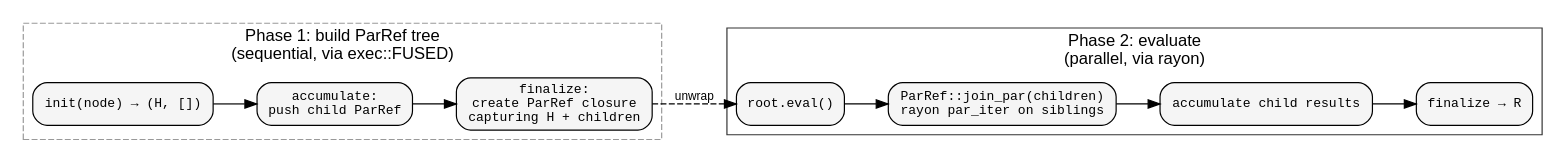
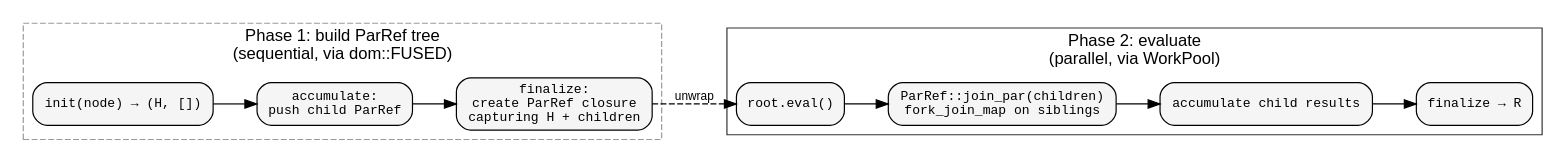
The second of 3 diagrams in book/src/cookbook/parallel_execution.md (hylic-recursion/hylic-docs), drawn with Graphviz before and after one commit. The commit also changed other lines of this file and 29 other files, not shown here.

````diff
--- a/book/src/cookbook/parallel_execution.md
+++ b/book/src/cookbook/parallel_execution.md
@@ -57,28 +96,28 @@
 ```dot process
 digraph {
     rankdir=LR;
     node [shape=box, style="rounded,filled", fillcolor="#f5f5f5", fontname="monospace", fontsize=11];
     edge [fontname="sans-serif", fontsize=10];
 
     subgraph cluster_p1 {
-        label="Phase 1: build ParRef tree\n(sequential, via exec::FUSED)";
+        label="Phase 1: build ParRef tree\n(sequential, via dom::FUSED)";
         style=dashed; color="#999999"; fontname="sans-serif";
         init1 [label="init(node) → (H, [])"];
         acc1  [label="accumulate:\npush child ParRef"];
         fin1  [label="finalize:\ncreate ParRef closure\ncapturing H + children"];
         init1 -> acc1 -> fin1;
     }
 
     subgraph cluster_p2 {
-        label="Phase 2: evaluate\n(parallel, via rayon)";
+        label="Phase 2: evaluate\n(parallel, via WorkPool)";
         style=solid; color="#333333"; fontname="sans-serif";
         eval [label="root.eval()"];
-        join [label="ParRef::join_par(children)\nrayon par_iter on siblings"];
+        join [label="ParRef::join_par(children)\nfork_join_map on siblings"];
         accf [label="accumulate child results"];
         finf [label="finalize → R"];
         eval -> join -> accf -> finf;
     }
 
     fin1 -> eval [style=dashed, label="unwrap"];
 }
 ```
````
